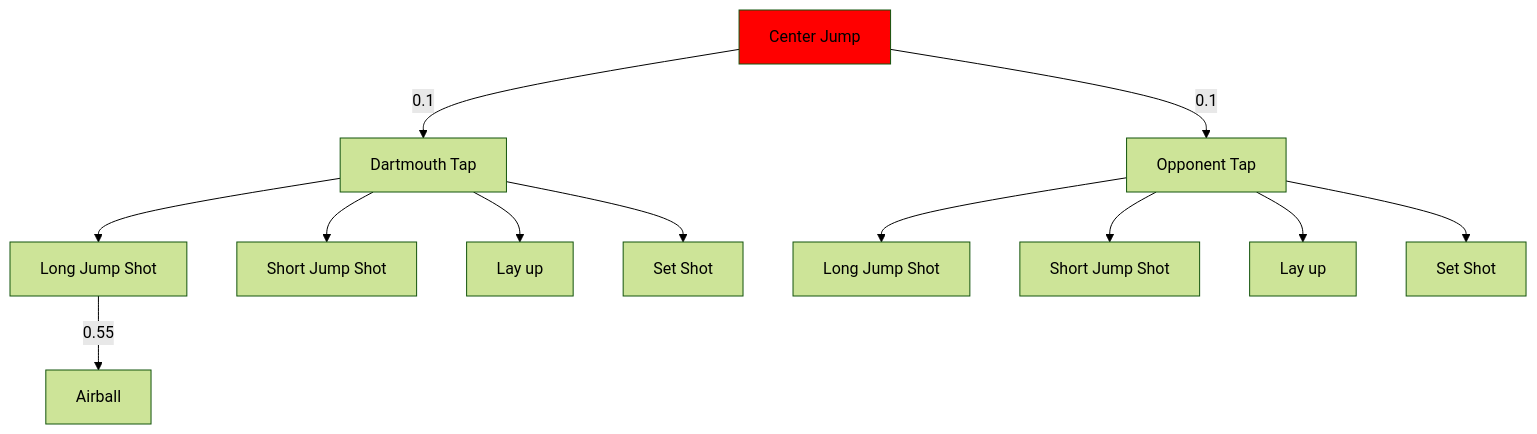
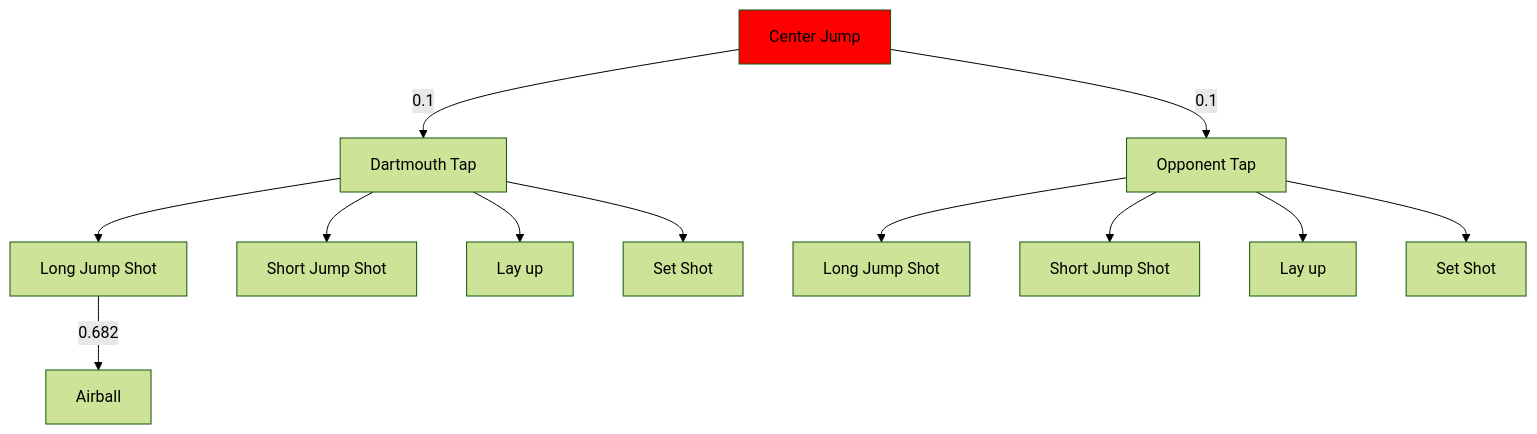
One commit to JimbyRaynor/BasketBall changed the diagram in README.md. Above: the diagram before and after it, drawn with Mermaid (forest theme).

````diff
--- a/README.md
+++ b/README.md
@@ -5,19 +5,19 @@
 ```mermaid 
 graph TD;
     A[Center Jump]-->|0.1|B[Dartmouth Tap];
     A[Center Jump]-->|0.1|C[Opponent Tap];
     B-->D[Long Jump Shot];
     B-->E[Short Jump Shot];
     B-->F[Lay up];
     B-->G[Set Shot];
     C-->H[Long Jump Shot];
     C-->I[Short Jump Shot];
     C-->J[Lay up];
     C-->K[Set Shot];
 
-    D --> |0.55|L[Airball]
+    D --> |0.682|L[Airball]
 
 
 style A fill:#ff0000;
 
 ```
````
